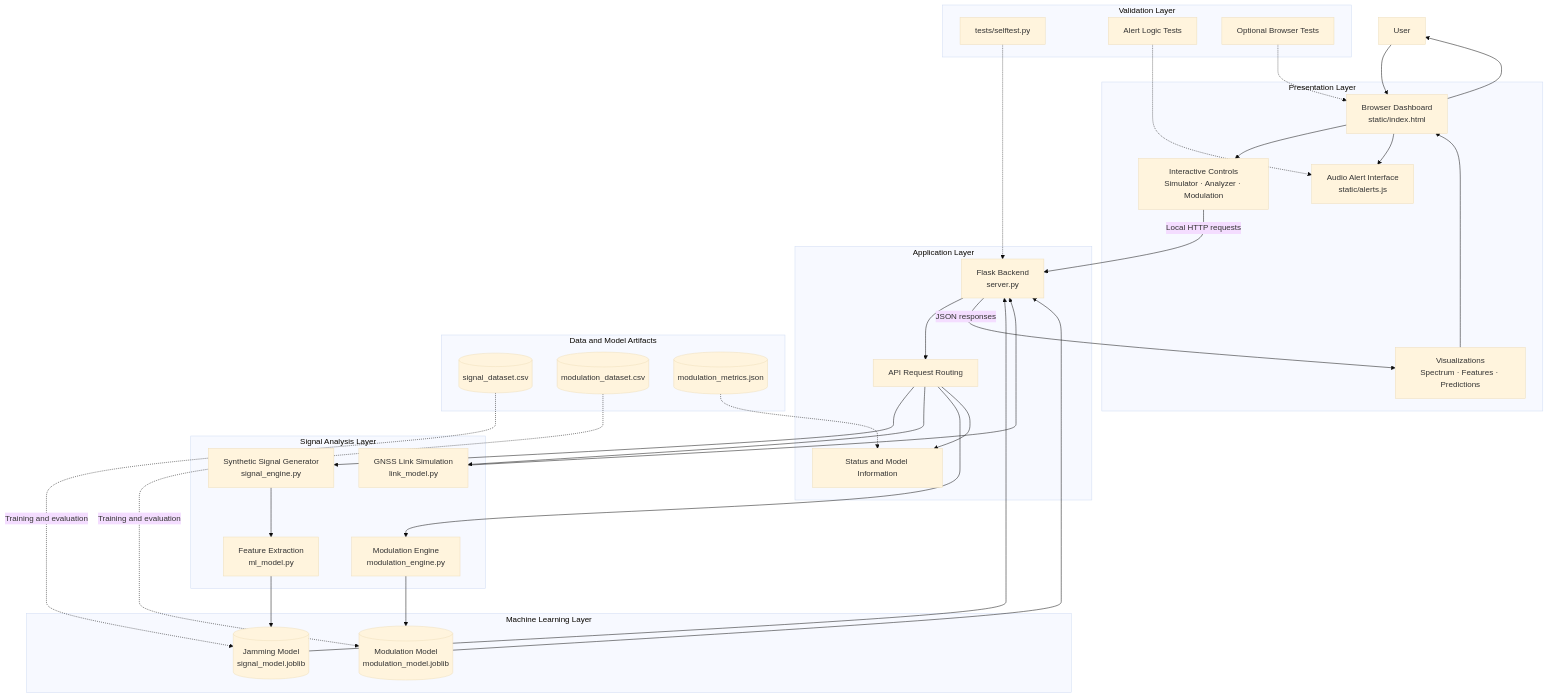
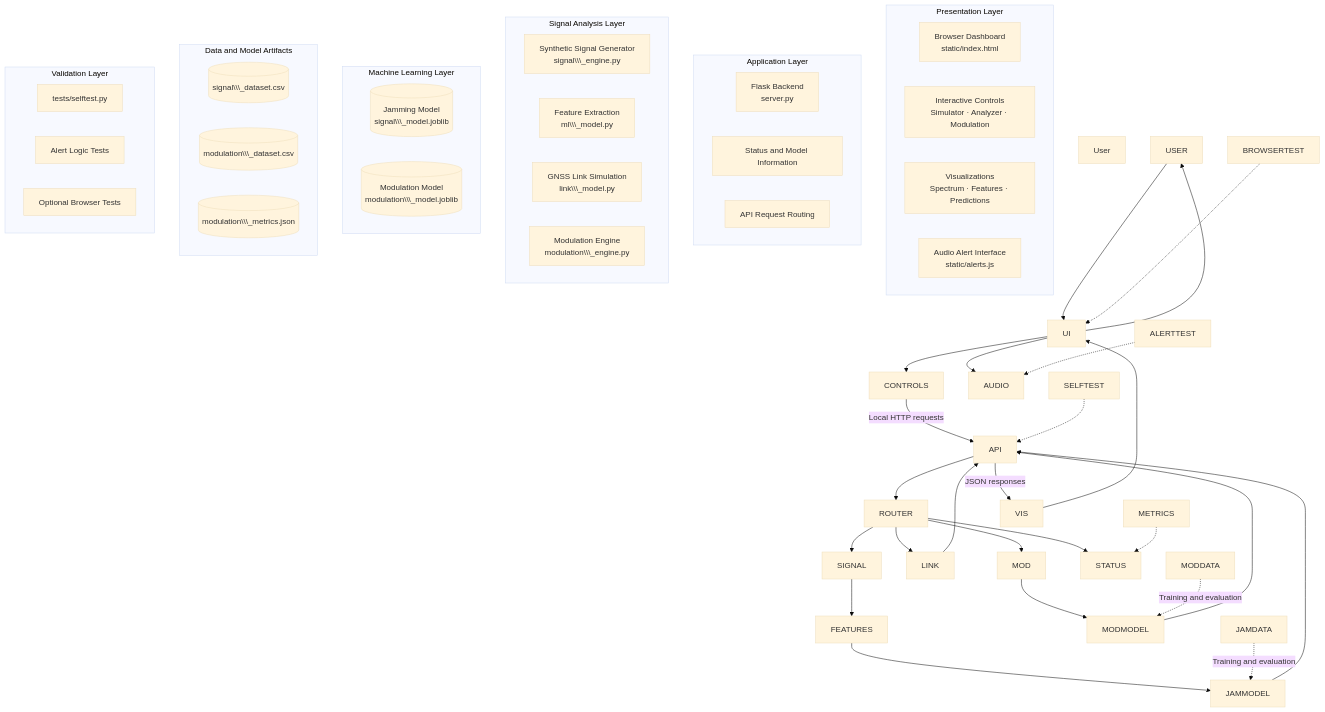
One commit to Dfi-spec/gnss_dashboard changed the first of 3 diagrams in README.md. Above: the diagram before and after it, drawn with Mermaid (base theme). The commit also changed other lines of this file and 1 other file, not shown here.

````diff
--- a/README.md
+++ b/README.md
@@ -173,73 +178,73 @@
 ```mermaid
 flowchart TB
 
-    USER["User"]
+    USER\\\["User"]
 
-    subgraph PRESENTATION["Presentation Layer"]
-        UI["Browser Dashboard<br/>static/index.html"]
-        CONTROLS["Interactive Controls<br/>Simulator · Analyzer · Modulation"]
-        VIS["Visualizations<br/>Spectrum · Features · Predictions"]
-        AUDIO["Audio Alert Interface<br/>static/alerts.js"]
+    subgraph PRESENTATION\\\["Presentation Layer"]
+        UI\\\["Browser Dashboard<br/>static/index.html"]
+        CONTROLS\\\["Interactive Controls<br/>Simulator · Analyzer · Modulation"]
+        VIS\\\["Visualizations<br/>Spectrum · Features · Predictions"]
+        AUDIO\\\["Audio Alert Interface<br/>static/alerts.js"]
     end
 
-    subgraph APPLICATION["Application Layer"]
-        API["Flask Backend<br/>server.py"]
-        STATUS["Status and Model Information"]
-        ROUTER["API Request Routing"]
+    subgraph APPLICATION\\\["Application Layer"]
+        API\\\["Flask Backend<br/>server.py"]
+        STATUS\\\["Status and Model Information"]
+        ROUTER\\\["API Request Routing"]
     end
 
-    subgraph ANALYSIS["Signal Analysis Layer"]
-        SIGNAL["Synthetic Signal Generator<br/>signal_engine.py"]
-        FEATURES["Feature Extraction<br/>ml_model.py"]
-        LINK["GNSS Link Simulation<br/>link_model.py"]
-        MOD["Modulation Engine<br/>modulation_engine.py"]
+    subgraph ANALYSIS\\\["Signal Analysis Layer"]
+        SIGNAL\\\["Synthetic Signal Generator<br/>signal\\\_engine.py"]
+        FEATURES\\\["Feature Extraction<br/>ml\\\_model.py"]
+        LINK\\\["GNSS Link Simulation<br/>link\\\_model.py"]
+        MOD\\\["Modulation Engine<br/>modulation\\\_engine.py"]
     end
 
-    subgraph ML["Machine Learning Layer"]
-        JAMMODEL[("Jamming Model<br/>signal_model.joblib")]
-        MODMODEL[("Modulation Model<br/>modulation_model.joblib")]
+    subgraph ML\\\["Machine Learning Layer"]
+        JAMMODEL\\\[("Jamming Model<br/>signal\\\_model.joblib")]
+        MODMODEL\\\[("Modulation Model<br/>modulation\\\_model.joblib")]
     end
 
-    subgraph ARTIFACTS["Data and Model Artifacts"]
-        JAMDATA[("signal_dataset.csv")]
-        MODDATA[("modulation_dataset.csv")]
-        METRICS[("modulation_metrics.json")]
+    subgraph ARTIFACTS\\\["Data and Model Artifacts"]
+        JAMDATA\\\[("signal\\\_dataset.csv")]
+        MODDATA\\\[("modulation\\\_dataset.csv")]
+        METRICS\\\[("modulation\\\_metrics.json")]
     end
 
-    subgraph QUALITY["Validation Layer"]
-        SELFTEST["tests/selftest.py"]
-        ALERTTEST["Alert Logic Tests"]
-        BROWSERTEST["Optional Browser Tests"]
+    subgraph QUALITY\\\["Validation Layer"]
+        SELFTEST\\\["tests/selftest.py"]
+        ALERTTEST\\\["Alert Logic Tests"]
+        BROWSERTEST\\\["Optional Browser Tests"]
     end
 
     USER --> UI
     UI --> CONTROLS
     CONTROLS -->|"Local HTTP requests"| API
 
     API --> ROUTER
     ROUTER --> SIGNAL
     ROUTER --> LINK
     ROUTER --> MOD
     ROUTER --> STATUS
 
     SIGNAL --> FEATURES
     FEATURES --> JAMMODEL
     MOD --> MODMODEL
 
     JAMDATA -.->|"Training and evaluation"| JAMMODEL
     MODDATA -.->|"Training and evaluation"| MODMODEL
     METRICS -.-> STATUS
 
     JAMMODEL --> API
     LINK --> API
     MODMODEL --> API
 
     API -->|"JSON responses"| VIS
     VIS --> UI
     UI --> AUDIO
     UI --> USER
 
     SELFTEST -.-> API
     ALERTTEST -.-> AUDIO
     BROWSERTEST -.-> UI
 ```
````
